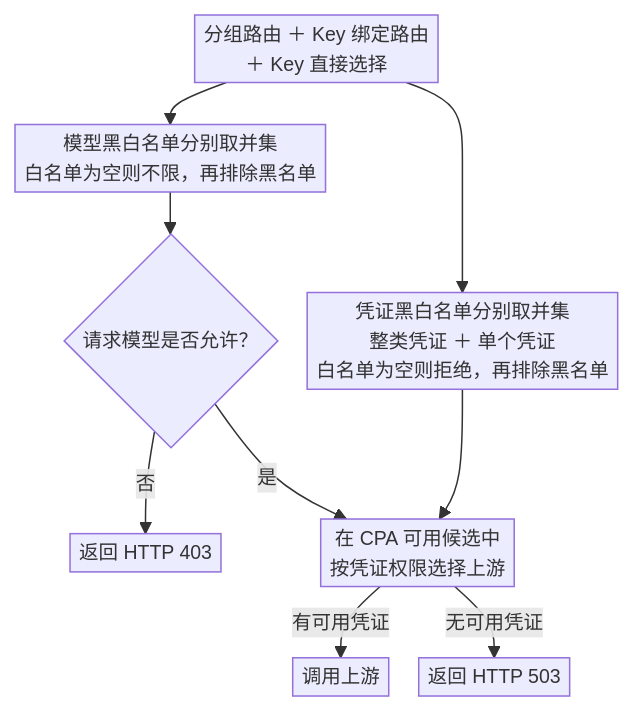
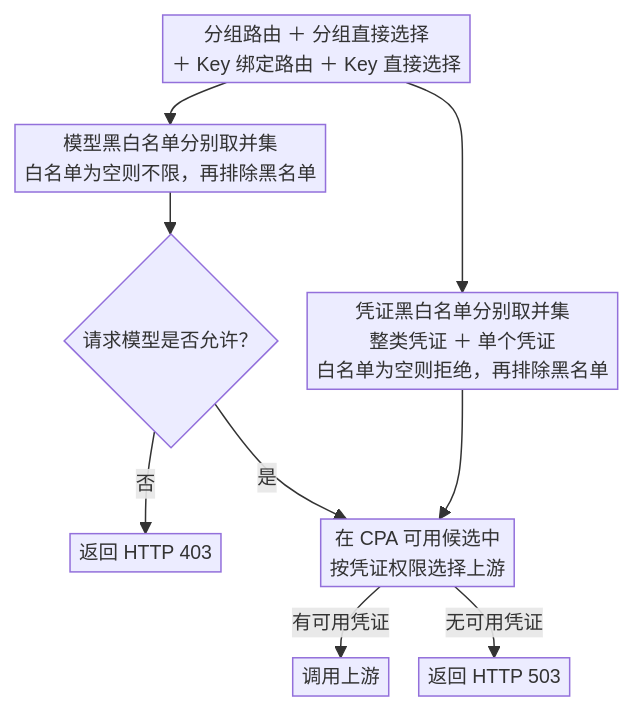
Before and after one commit to CHIMOOO/cpa-plugin-key-billing-manager: the second of 2 diagrams in README.md, drawn with Mermaid. The commit also changed other lines of this file and 17 other files, not shown here.

````diff
--- a/README.md
+++ b/README.md
@@ -148,21 +148,21 @@
 ```mermaid
 ---
 config:
   themeVariables:
     fontSize: "13px"
   flowchart:
     diagramPadding: 4
     nodeSpacing: 20
     rankSpacing: 28
     padding: 3
 ---
 flowchart TB
-    A["分组路由 ＋ Key 绑定路由<br/>＋ Key 直接选择"] --> M["模型黑白名单分别取并集<br/>白名单为空则不限，再排除黑名单"]
+    A["分组路由 ＋ 分组直接选择<br/>＋ Key 绑定路由 ＋ Key 直接选择"] --> M["模型黑白名单分别取并集<br/>白名单为空则不限，再排除黑名单"]
     A --> C["凭证黑白名单分别取并集<br/>整类凭证 ＋ 单个凭证<br/>白名单为空则拒绝，再排除黑名单"]
     M --> D{请求模型是否允许？}
     D -- 否 --> R[返回 HTTP 403]
     D -- 是 --> P["在 CPA 可用候选中<br/>按凭证权限选择上游"]
     C --> P
     P -- 有可用凭证 --> U[调用上游]
     P -- 无可用凭证 --> S[返回 HTTP 503]
 ```
````
